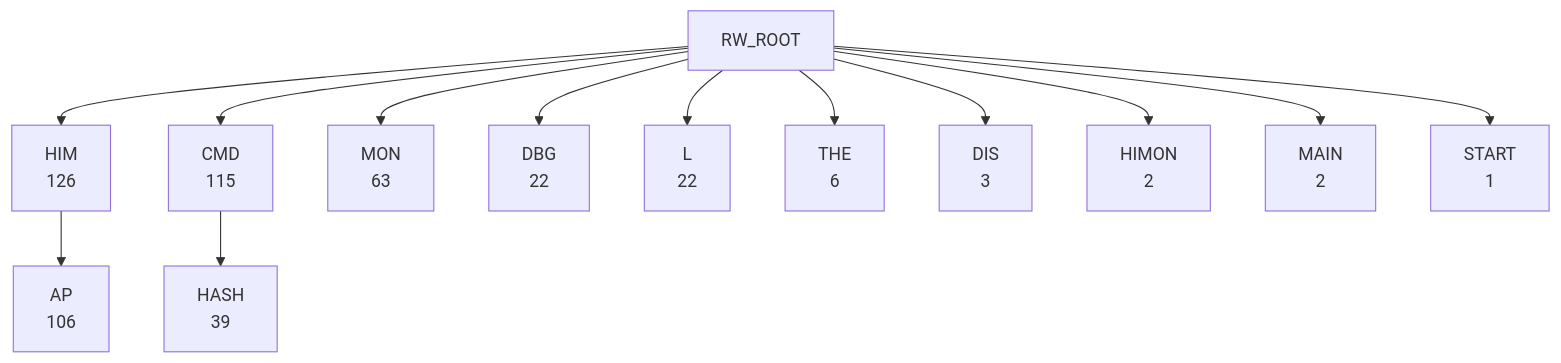
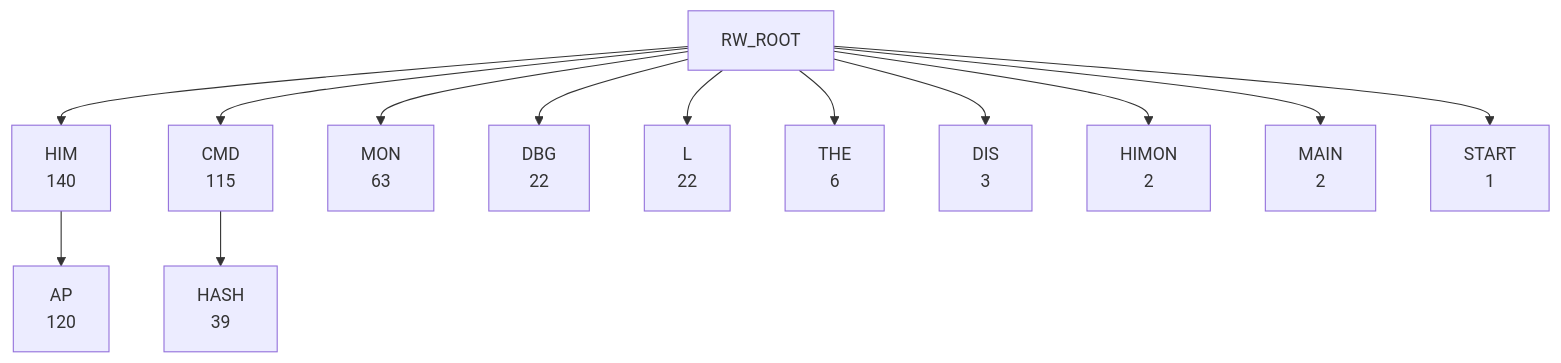
One commit to 95westus/R-YORS changed the second of 7 diagrams in DOC/GENERATED/ROUTINE_WORD_TREE.md. Above: the diagram before and after it, drawn with Mermaid. The commit also changed other lines of this file and 45 other files, not shown here.

````diff
--- a/DOC/GENERATED/ROUTINE_WORD_TREE.md
+++ b/DOC/GENERATED/ROUTINE_WORD_TREE.md
@@ -28,15 +28,15 @@
 ```mermaid
 flowchart TD
-    RW_ROOT --> RW_HIM["HIM<br/>126"]
+    RW_ROOT --> RW_HIM["HIM<br/>140"]
     RW_ROOT --> RW_CMD["CMD<br/>115"]
     RW_ROOT --> RW_MON["MON<br/>63"]
     RW_ROOT --> RW_DBG["DBG<br/>22"]
     RW_ROOT --> RW_L["L<br/>22"]
     RW_ROOT --> RW_THE["THE<br/>6"]
     RW_ROOT --> RW_DIS["DIS<br/>3"]
     RW_ROOT --> RW_HIMON["HIMON<br/>2"]
     RW_ROOT --> RW_MAIN["MAIN<br/>2"]
     RW_ROOT --> RW_START["START<br/>1"]
-    RW_HIM --> RW_HIM_AP["AP<br/>106"]
+    RW_HIM --> RW_HIM_AP["AP<br/>120"]
     RW_CMD --> RW_CMD_HASH["HASH<br/>39"]
 ```
````
